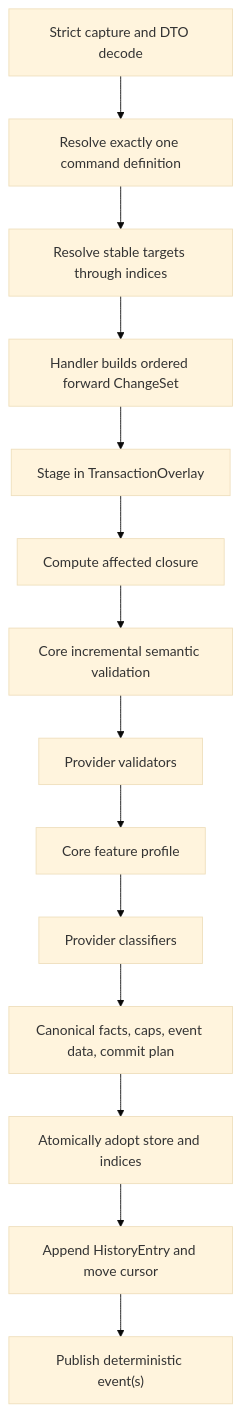
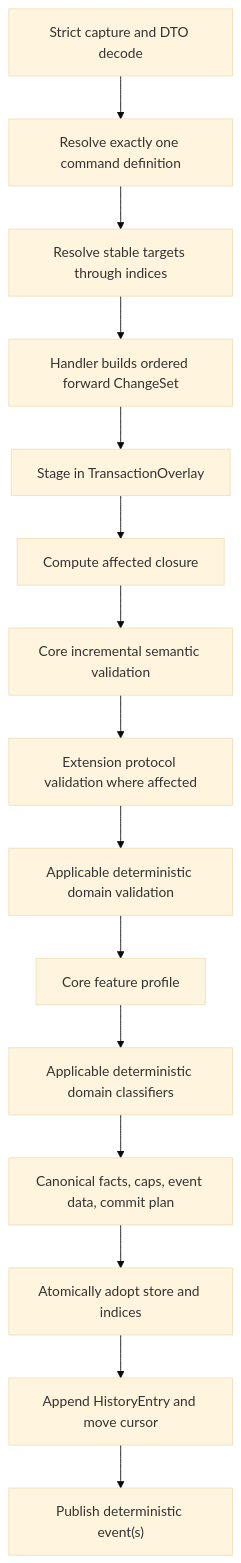
Before and after one commit to FFFAKKK/Brilliant-Guitar: the third of 6 diagrams in .trellis/tasks/08-16-brilliant-guitar-architecture-reset-v2/design.md, drawn with Mermaid (base theme). The commit also changed other lines of this file and 10 other files, not shown here.

Commit message:
docs(architecture): repair plugin runtime semantics

````diff
--- a/.trellis/tasks/08-16-brilliant-guitar-architecture-reset-v2/design.md
+++ b/.trellis/tasks/08-16-brilliant-guitar-architecture-reset-v2/design.md
@@ -356,22 +382,23 @@
 ```mermaid
 flowchart TD
     Decode["Strict capture and DTO decode"]
     Route["Resolve exactly one command definition"]
     Resolve["Resolve stable targets through indices"]
     Prepare["Handler builds ordered forward ChangeSet"]
     Overlay["Stage in TransactionOverlay"]
     Closure["Compute affected closure"]
     CoreValidate["Core incremental semantic validation"]
-    ProviderValidate["Provider validators"]
+    ProtocolValidate["Extension protocol validation where affected"]
+    DomainValidate["Applicable deterministic domain validation"]
     Profile["Core feature profile"]
-    Classify["Provider classifiers"]
+    Classify["Applicable deterministic domain classifiers"]
     Precommit["Canonical facts, caps, event data, commit plan"]
     Commit["Atomically adopt store and indices"]
     History["Append HistoryEntry and move cursor"]
     Event["Publish deterministic event(s)"]
 
     Decode --> Route --> Resolve --> Prepare --> Overlay
-    Overlay --> Closure --> CoreValidate --> ProviderValidate
-    ProviderValidate --> Profile --> Classify --> Precommit --> Commit
+    Overlay --> Closure --> CoreValidate --> ProtocolValidate
+    ProtocolValidate --> DomainValidate --> Profile --> Classify --> Precommit --> Commit
     Commit --> History --> Event
 ```
````
